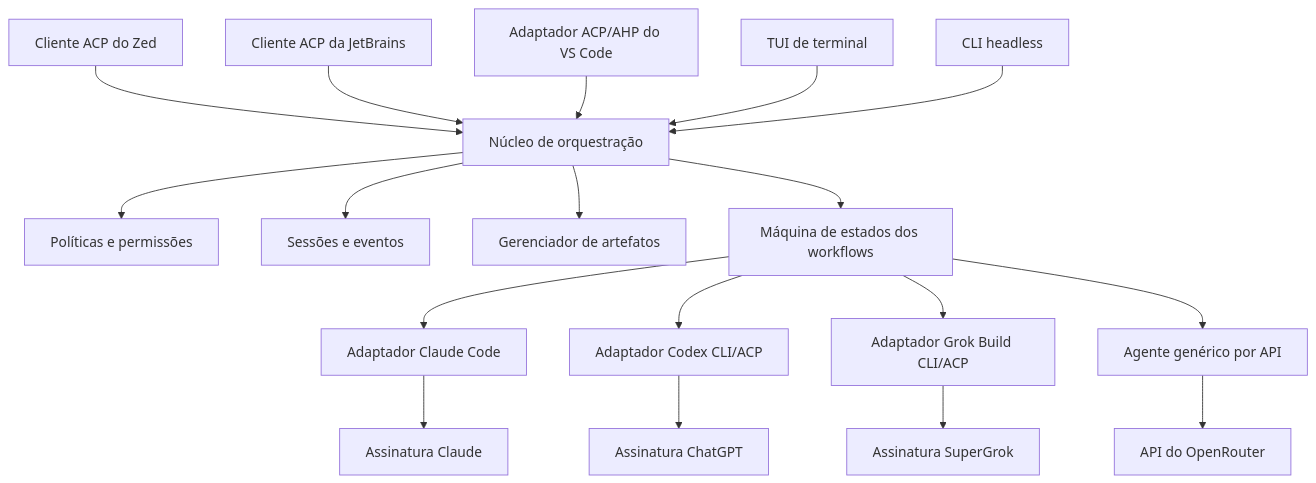
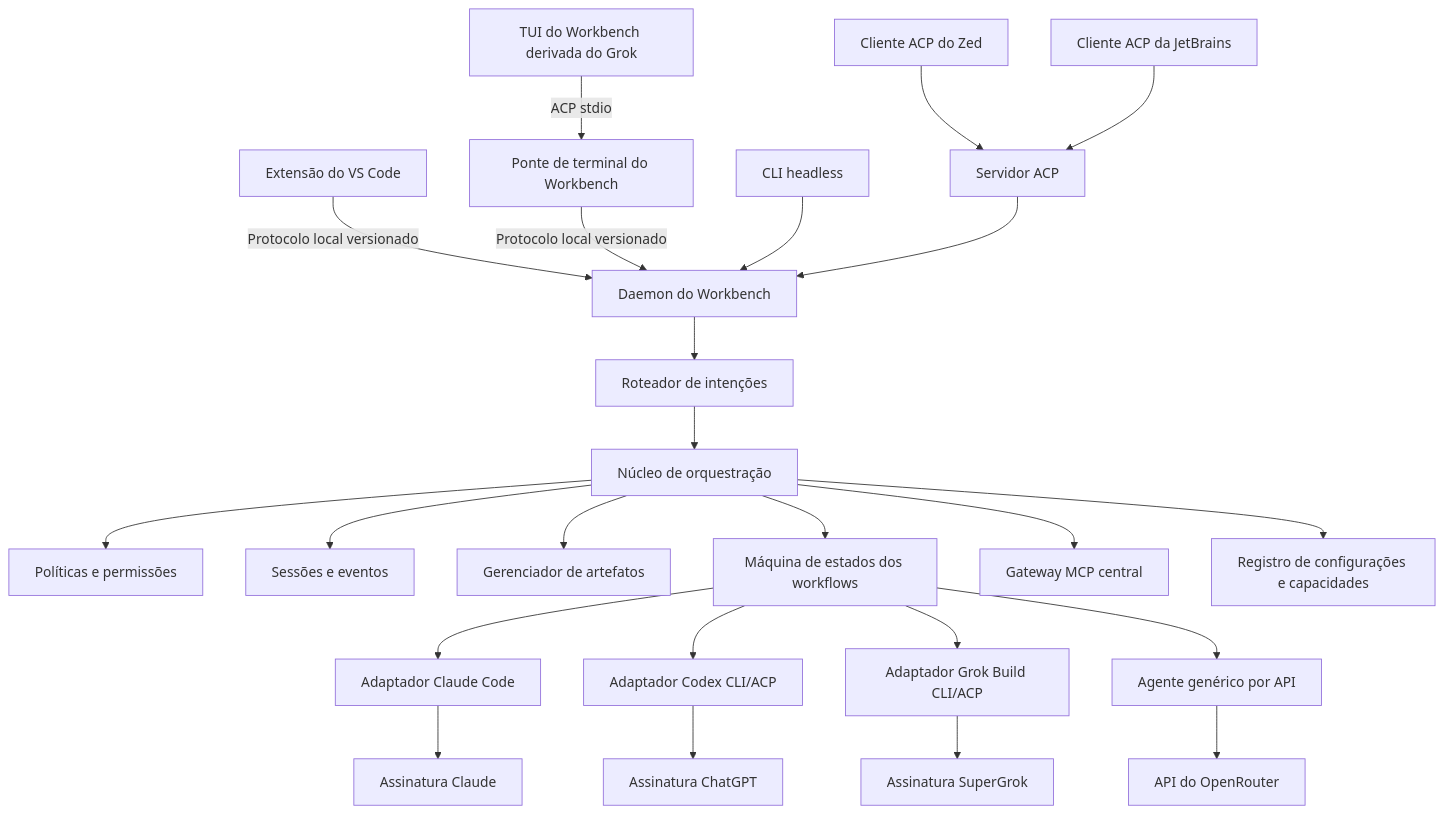
One commit to RenatoTadeuFigueiredo/multi-agent-development-workbench changed the second of 2 diagrams in README.pt-BR.md. Above: the diagram before and after it, drawn with Mermaid. The commit also changed other lines of this file and 7 other files, not shown here.

Commit message:
docs: define modular workbench architecture

````diff
--- a/README.pt-BR.md
+++ b/README.pt-BR.md
@@ -125,23 +145,29 @@
 ```mermaid
 flowchart TB
-    Z[Cliente ACP do Zed] --> O[Núcleo de orquestração]
-    J[Cliente ACP da JetBrains] --> O
-    V[Adaptador ACP/AHP do VS Code] --> O
-    T[TUI de terminal] --> O
-    H[CLI headless] --> O
+    V[Extensão do VS Code] -->|Protocolo local versionado| D[Daemon do Workbench]
+    T[TUI do Workbench derivada do Grok] -->|ACP stdio| B[Ponte de terminal do Workbench]
+    B -->|Protocolo local versionado| D
+    H[CLI headless] --> D
+    Z[Cliente ACP do Zed] --> X[Servidor ACP]
+    J[Cliente ACP da JetBrains] --> X
+    X --> D
+    D --> Q[Roteador de intenções]
+    Q --> O[Núcleo de orquestração]
 
     O --> P[Políticas e permissões]
     O --> S[Sessões e eventos]
     O --> A[Gerenciador de artefatos]
     O --> W[Máquina de estados dos workflows]
+    O --> M[Gateway MCP central]
+    O --> C[Registro de configurações e capacidades]
 
     W --> CA[Adaptador Claude Code]
     W --> CO[Adaptador Codex CLI/ACP]
     W --> GR[Adaptador Grok Build CLI/ACP]
     W --> OA[Agente genérico por API]
 
     CA --> CL[Assinatura Claude]
     CO --> OP[Assinatura ChatGPT]
     GR --> XA[Assinatura SuperGrok]
     OA --> OR[API do OpenRouter]
 ```
````
